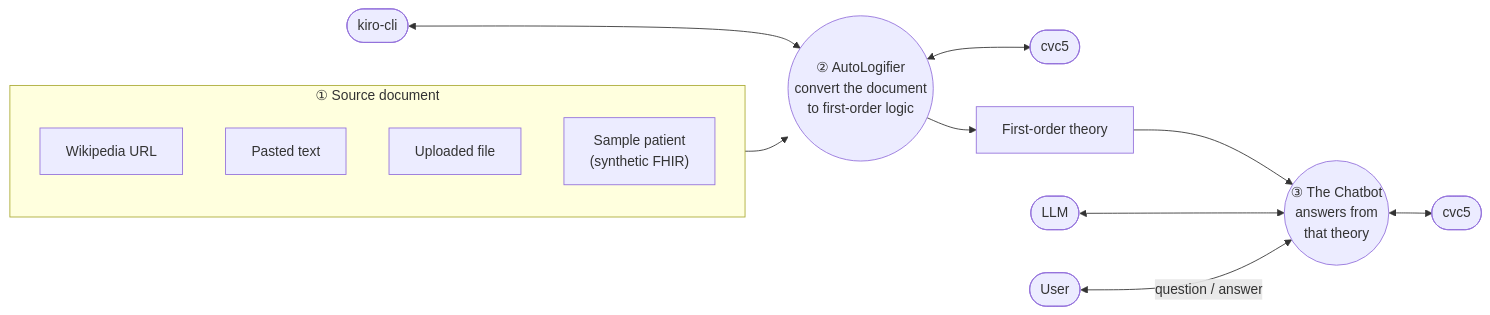
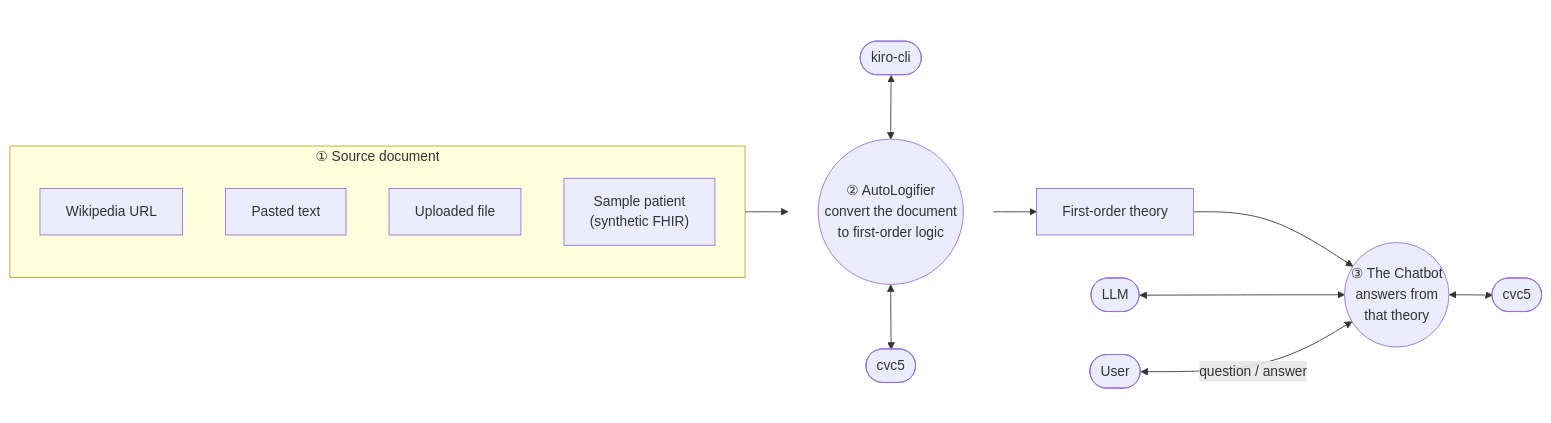
Before and after one commit to aws-samples/sample-provably-correct-chatbot-using-first-order-logic: the second of 3 diagrams in README.md, drawn with Mermaid.

Commit message:
docs(readme): Appendix B puts kiro-cli above and cvc5 below the AutoLogifier

````diff
--- a/README.md
+++ b/README.md
@@ -299,28 +299,35 @@
 ```mermaid
 flowchart LR
     subgraph s1["① Source document"]
         direction TB
         wiki["Wikipedia URL"]
         paste["Pasted text"]
         upload["Uploaded file"]
         fhir["Sample patient<br/>(synthetic FHIR)"]
     end
 
-    kiro(["kiro-cli"])
-    cvc5a(["cvc5"])
-    auto(("② AutoLogifier<br/>convert the document<br/>to first-order logic"))
+    %% kiro-cli above and cvc5 below the AutoLogifier: they sit in a top-to-
+    %% bottom subgraph. Edges from outside link to the subgraph, not to the
+    %% AutoLogifier node, or Mermaid would ignore the subgraph's direction.
+    subgraph s2[" "]
+        direction TB
+        kiro(["kiro-cli"])
+        auto(("② AutoLogifier<br/>convert the document<br/>to first-order logic"))
+        cvc5a(["cvc5"])
+        kiro <--> auto
+        auto <--> cvc5a
+    end
     theory["First-order theory"]
 
     llm(["LLM"])
     cvc5b(["cvc5"])
     bot(("③ The Chatbot<br/>answers from<br/>that theory"))
     user(["User"])
 
-    s1 --> auto
-    kiro <--> auto
-    auto <--> cvc5a
-    auto --> theory --> bot
+    s1 --> s2
+    s2 --> theory --> bot
     llm <--> bot
     bot <--> cvc5b
     user <-- "question / answer" --> bot
+    style s2 fill:none,stroke:none
 ```
````
